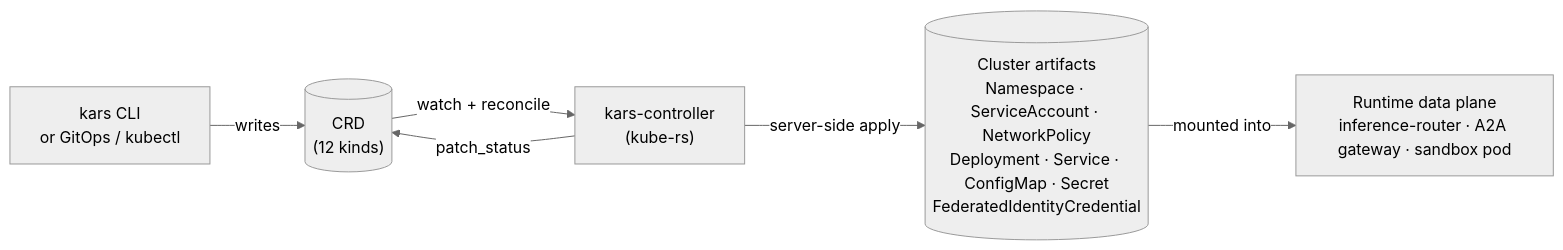
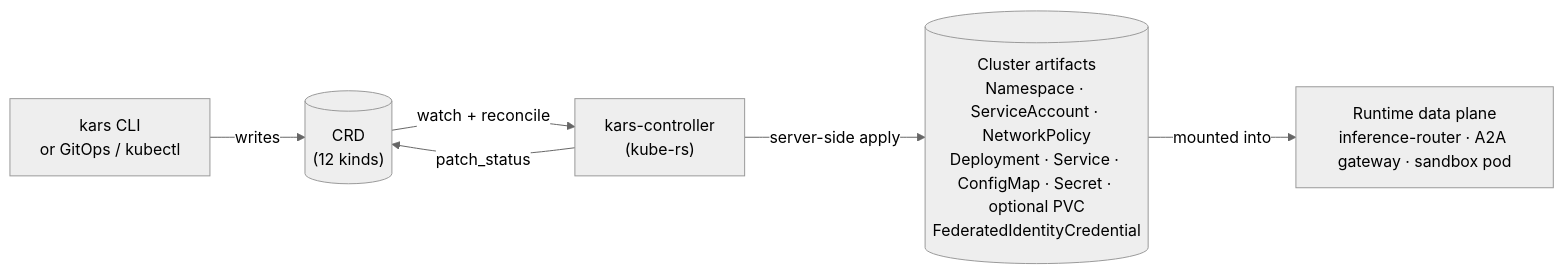
The first of 7 diagrams in docs/api/lifecycle.md (Azure/kars), drawn with Mermaid (neutral theme) before and after one commit. The commit also changed other lines of this file and 22 other files, not shown here.

````diff
--- a/docs/api/lifecycle.md
+++ b/docs/api/lifecycle.md
@@ -26,14 +26,14 @@
 ```mermaid
 flowchart LR
   CLI["kars CLI<br/>or GitOps / kubectl"]
   CRD[("CRD<br/>(12 kinds)")]
   Ctrl["kars-controller<br/>(kube-rs)"]
-  Art[("Cluster artifacts<br/>Namespace · ServiceAccount · NetworkPolicy<br/>Deployment · Service · ConfigMap · Secret<br/>FederatedIdentityCredential")]
+  Art[("Cluster artifacts<br/>Namespace · ServiceAccount · NetworkPolicy<br/>Deployment · Service · ConfigMap · Secret · optional PVC<br/>FederatedIdentityCredential")]
   Runtime["Runtime data plane<br/>inference-router · A2A gateway · sandbox pod"]
 
   CLI -->|writes| CRD
   CRD -->|watch + reconcile| Ctrl
   Ctrl -->|server-side apply| Art
   Art -->|mounted into| Runtime
   Ctrl -->|patch_status| CRD
 ```
````
